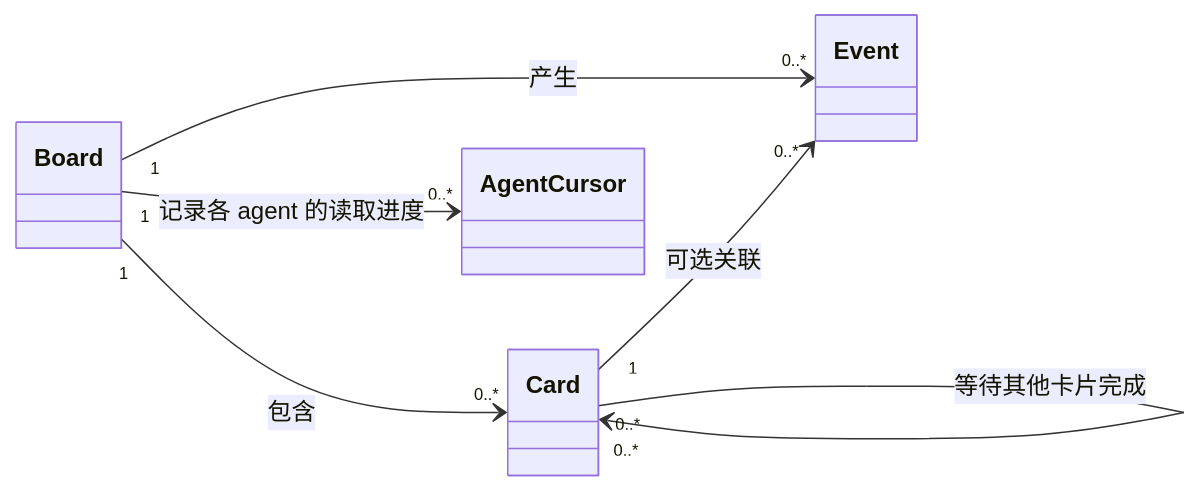
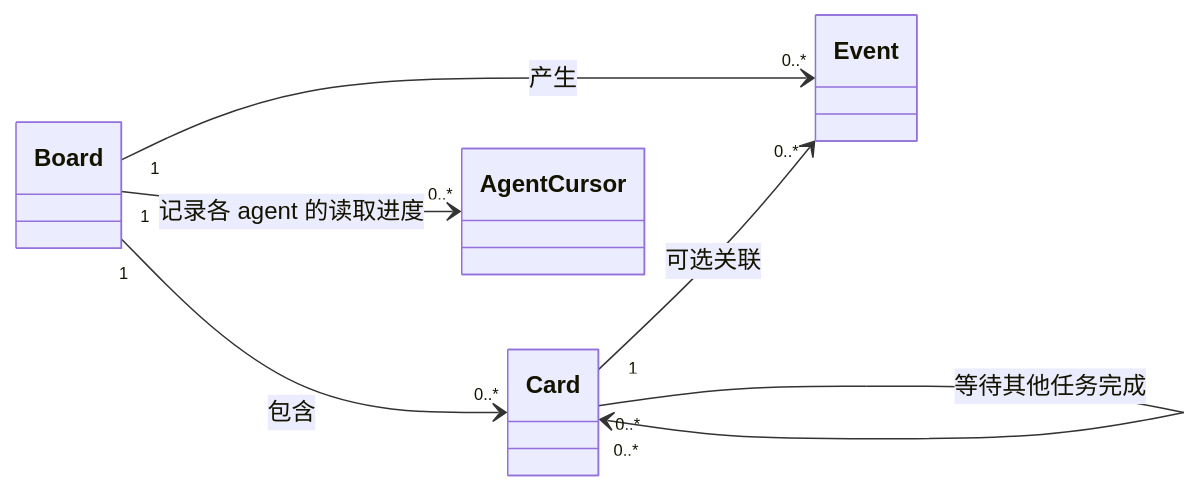
One commit to ixugo/slate-kanban changed the first of 4 diagrams in .cursor/scopes/domain-class-diagram.md. Above: the diagram before and after it, drawn with Mermaid. The commit also changed other lines of this file and 49 other files, not shown here.

````diff
--- a/.cursor/scopes/domain-class-diagram.md
+++ b/.cursor/scopes/domain-class-diagram.md
@@ -11,14 +11,14 @@
 ```mermaid
 classDiagram
     direction LR
     class Board
     class Card
     class Event
     class AgentCursor
 
     Board "1" --> "0..*" Card : 包含
     Board "1" --> "0..*" Event : 产生
     Board "1" --> "0..*" AgentCursor : 记录各 agent 的读取进度
     Card "1" --> "0..*" Event : 可选关联
-    Card "0..*" --> "0..*" Card : 等待其他卡片完成
+    Card "0..*" --> "0..*" Card : 等待其他任务完成
 ```
````
